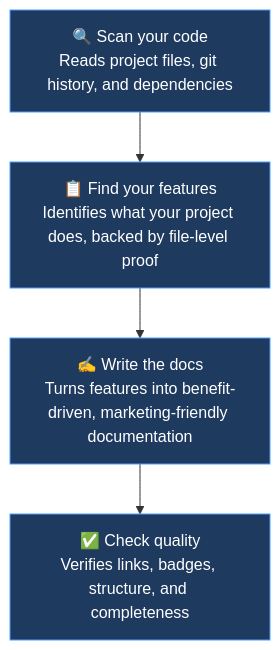
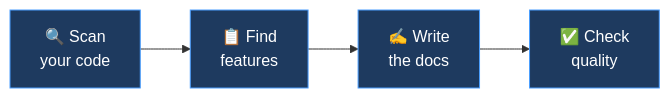
One commit to littlebearapps/pitchdocs changed the diagram in README.md. Above: the diagram before and after it, drawn with Mermaid.

Commit message:
docs: fix mermaid diagram — compact LR layout, use br tags for line breaks

````diff
--- a/README.md
+++ b/README.md
@@ -73,11 +73,11 @@
 ```mermaid
-flowchart TB
-    A["🔍 Scan your code\nReads project files, git history, and dependencies"] --> B["📋 Find your features\nIdentifies what your project does, backed by file-level proof"]
-    B --> C["✍️ Write the docs\nTurns features into benefit-driven, marketing-friendly documentation"]
-    C --> D["✅ Check quality\nVerifies links, badges, structure, and completeness"]
+flowchart LR
+    A["🔍 Scan<br/>your code"] --> B["📋 Find<br/>features"]
+    B --> C["✍️ Write<br/>the docs"]
+    C --> D["✅ Check<br/>quality"]
 
     style A fill:#1e3a5f,stroke:#4a9eff,color:#fff
     style B fill:#1e3a5f,stroke:#4a9eff,color:#fff
     style C fill:#1e3a5f,stroke:#4a9eff,color:#fff
     style D fill:#1e3a5f,stroke:#4a9eff,color:#fff
 ```
````
